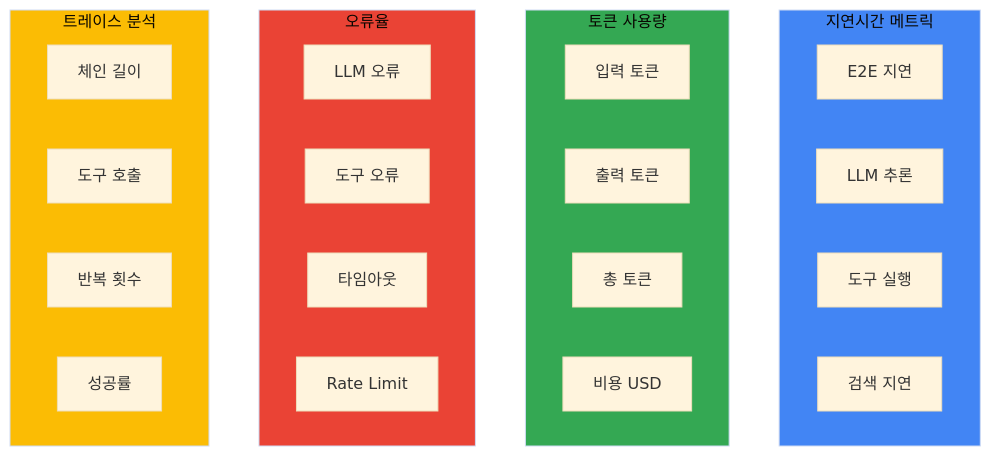
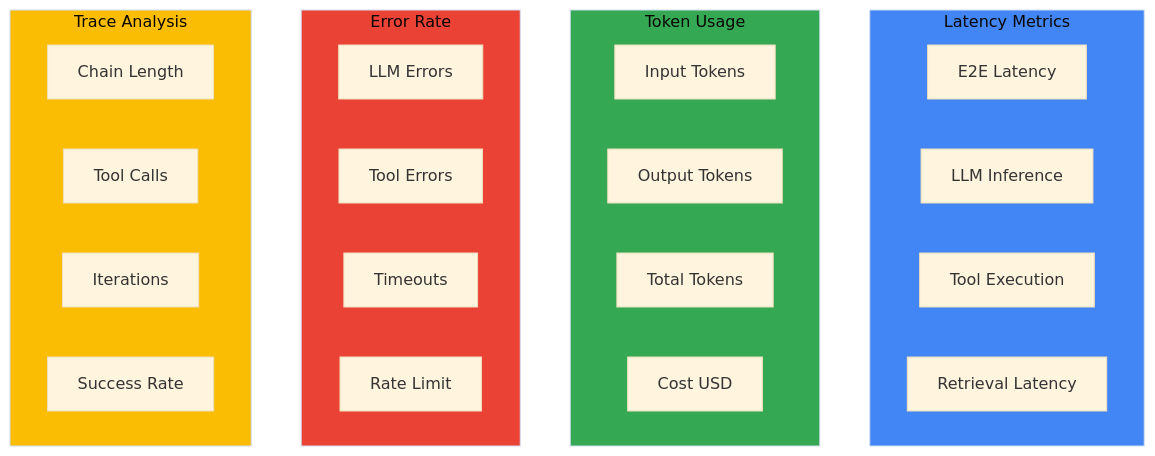
One commit to devfloor9/engineering-playbook changed the third of 3 diagrams in docs/agentic-ai-platform/operations-mlops/observability/agent-monitoring.md. Above: the diagram before and after it, drawn with Mermaid (base theme). The commit also changed other lines of this file and 954 other files, not shown here.

````diff
--- a/docs/agentic-ai-platform/operations-mlops/observability/agent-monitoring.md
+++ b/docs/agentic-ai-platform/operations-mlops/observability/agent-monitoring.md
@@ -151,35 +151,35 @@
 ```mermaid
 flowchart TB
-    subgraph Latency["지연시간 메트릭"]
-        E2E[E2E 지연]
-        LLM_LAT[LLM 추론]
-        TOOL_LAT[도구 실행]
-        RETRIEVAL_LAT[검색 지연]
+    subgraph Latency["Latency Metrics"]
+        E2E[E2E Latency]
+        LLM_LAT[LLM Inference]
+        TOOL_LAT[Tool Execution]
+        RETRIEVAL_LAT[Retrieval Latency]
     end
 
-    subgraph Tokens["토큰 사용량"]
-        INPUT_TOK[입력 토큰]
-        OUTPUT_TOK[출력 토큰]
-        TOTAL_TOK[총 토큰]
-        COST[비용 USD]
+    subgraph Tokens["Token Usage"]
+        INPUT_TOK[Input Tokens]
+        OUTPUT_TOK[Output Tokens]
+        TOTAL_TOK[Total Tokens]
+        COST[Cost USD]
     end
 
-    subgraph Errors["오류율"]
-        LLM_ERR[LLM 오류]
-        TOOL_ERR[도구 오류]
-        TIMEOUT[타임아웃]
+    subgraph Errors["Error Rate"]
+        LLM_ERR[LLM Errors]
+        TOOL_ERR[Tool Errors]
+        TIMEOUT[Timeouts]
         RATE_LIMIT[Rate Limit]
     end
 
-    subgraph Traces["트레이스 분석"]
-        CHAIN_LEN[체인 길이]
-        TOOL_CALLS[도구 호출]
-        ITERATIONS[반복 횟수]
-        SUCCESS[성공률]
+    subgraph Traces["Trace Analysis"]
+        CHAIN_LEN[Chain Length]
+        TOOL_CALLS[Tool Calls]
+        ITERATIONS[Iterations]
+        SUCCESS[Success Rate]
     end
 
     style Latency fill:#4285f4
     style Tokens fill:#34a853
     style Errors fill:#ea4335
     style Traces fill:#fbbc04
 ```
````
